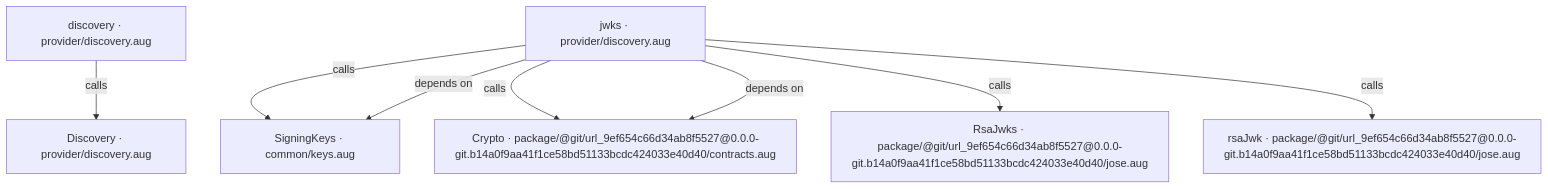
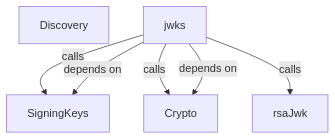
The first of 4 diagrams in docs/examples/oidc-login/provider/discovery-diagrams.md (GreenPandaStudios/augscript), drawn with Mermaid before and after one commit. The commit also changed other lines of this file and 524 other files, not shown here.

Commit message:
Explain checked data flow at folder and service levels

````diff
--- a/docs/examples/oidc-login/provider/discovery-diagrams.md
+++ b/docs/examples/oidc-login/provider/discovery-diagrams.md
@@ -19,17 +19,13 @@
 ```mermaid
 flowchart TD
-    n0["SigningKeys · common/keys.aug"]
-    n1["Crypto · package/@git/url_9ef654c66d34ab8f5527@0.0.0-git.b14a0f9aa41f1ce58bd51133bcdc424033e40d40/contracts.aug"]
-    n2["RsaJwks · package/@git/url_9ef654c66d34ab8f5527@0.0.0-git.b14a0f9aa41f1ce58bd51133bcdc424033e40d40/jose.aug"]
-    n3["rsaJwk · package/@git/url_9ef654c66d34ab8f5527@0.0.0-git.b14a0f9aa41f1ce58bd51133bcdc424033e40d40/jose.aug"]
-    n4["Discovery · provider/discovery.aug"]
-    n5["discovery · provider/discovery.aug"]
-    n6["jwks · provider/discovery.aug"]
-    n5 -->|"calls"| n4
-    n6 -->|"calls"| n0
-    n6 -->|"depends on"| n0
-    n6 -->|"calls"| n1
-    n6 -->|"depends on"| n1
-    n6 -->|"calls"| n2
-    n6 -->|"calls"| n3
+    n0["SigningKeys"]
+    n1["Crypto"]
+    n2["rsaJwk"]
+    n3["Discovery"]
+    n4["jwks"]
+    n4 -->|"calls"| n0
+    n4 -->|"depends on"| n0
+    n4 -->|"calls"| n1
+    n4 -->|"depends on"| n1
+    n4 -->|"calls"| n2
 ```
````
